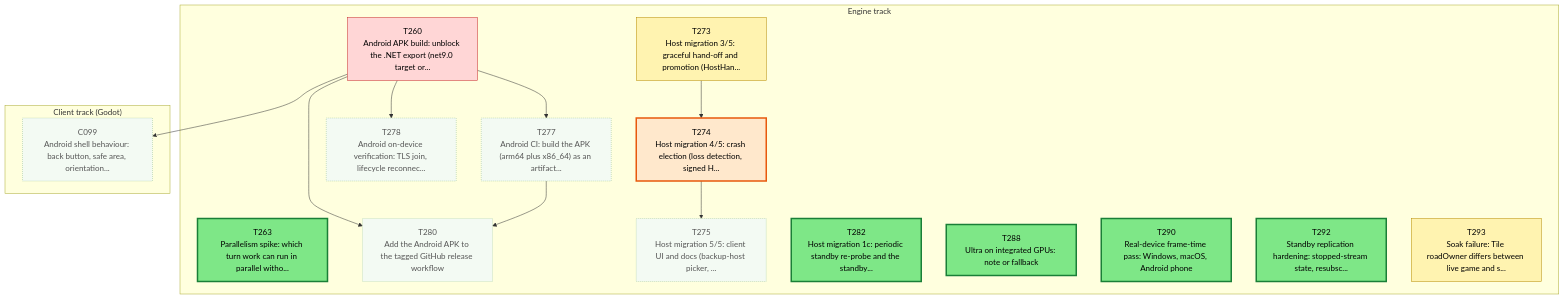
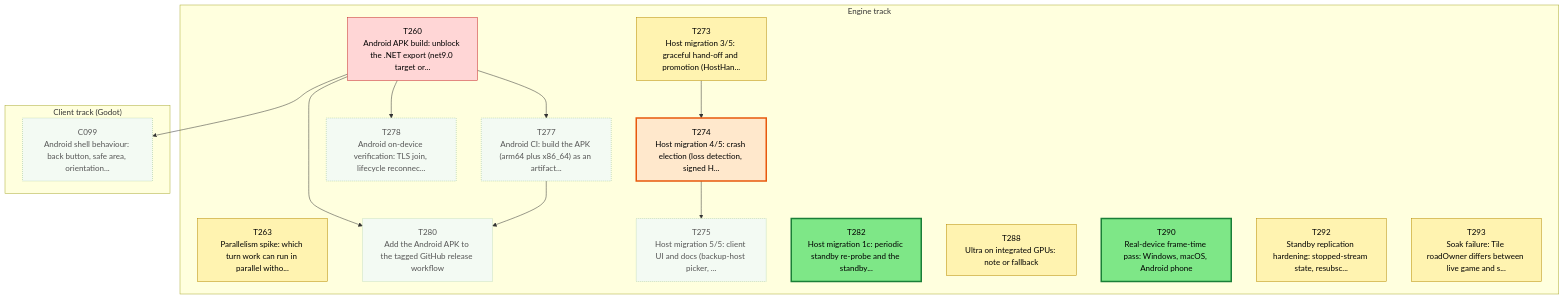
Before and after one commit to Kenmura/Unciv: the first of 3 diagrams in csharp/migration/DEPENDENCY_MAP.md, drawn with Mermaid. The commit also changed other lines of this file and 1 other file, not shown here.

````diff
--- a/csharp/migration/DEPENDENCY_MAP.md
+++ b/csharp/migration/DEPENDENCY_MAP.md
@@ -35,49 +35,49 @@
 ```mermaid
 flowchart TD
   subgraph TTRACK["Engine track"]
     T260["T260<br/>Android APK build: unblock the .NET export (net9.0 target or..."]
     T263["T263<br/>Parallelism spike: which turn work can run in parallel witho..."]
     T273["T273<br/>Host migration 3/5: graceful hand-off and promotion (HostHan..."]
     T274["T274<br/>Host migration 4/5: crash election (loss detection, signed H..."]
     T275["T275<br/>Host migration 5/5: client UI and docs (backup-host picker, ..."]
     T277["T277<br/>Android CI: build the APK (arm64 plus x86_64) as an artifact..."]
     T278["T278<br/>Android on-device verification: TLS join, lifecycle reconnec..."]
     T280["T280<br/>Add the Android APK to the tagged GitHub release workflow"]
     T282["T282<br/>Host migration 1c: periodic standby re-probe and the standby..."]
     T288["T288<br/>Ultra on integrated GPUs: note or fallback"]
     T290["T290<br/>Real-device frame-time pass: Windows, macOS, Android phone"]
     T292["T292<br/>Standby replication hardening: stopped-stream state, resubsc..."]
     T293["T293<br/>Soak failure: Tile roadOwner differs between live game and s..."]
   end
   subgraph CTRACK["Client track (Godot)"]
     C099["C099<br/>Android shell behaviour: back button, safe area, orientation..."]
   end
   T273 --> T274
   T274 --> T275
   T260 --> T277
   T260 --> T278
   T260 --> T280
   T277 --> T280
   T260 --> C099
   classDef waiting fill:#f3faf3,stroke:#9bc49b,color:#555,stroke-dasharray:2 2
   classDef ondeck fill:#ffe8cc,stroke:#e8590c,stroke-width:3px,color:#000
   classDef ready fill:#7ee787,stroke:#1a7f37,stroke-width:3px,color:#000
   classDef prog fill:#fff3b0,stroke:#b58900,color:#000
   classDef review fill:#cfe4ff,stroke:#1f6feb,color:#000
   classDef blocked fill:#ffd6d6,stroke:#c62828,color:#000
   classDef done fill:#eeeeee,stroke:#999999,color:#666,stroke-dasharray:4 3
   class C099 waiting
   class T260 blocked
-  class T263 ready
+  class T263 prog
   class T273 prog
   class T274 ondeck
   class T275 waiting
   class T277 waiting
   class T278 waiting
   class T280 waiting
   class T282 ready
-  class T288 ready
+  class T288 prog
   class T290 ready
-  class T292 ready
+  class T292 prog
   class T293 prog
 ```
````
